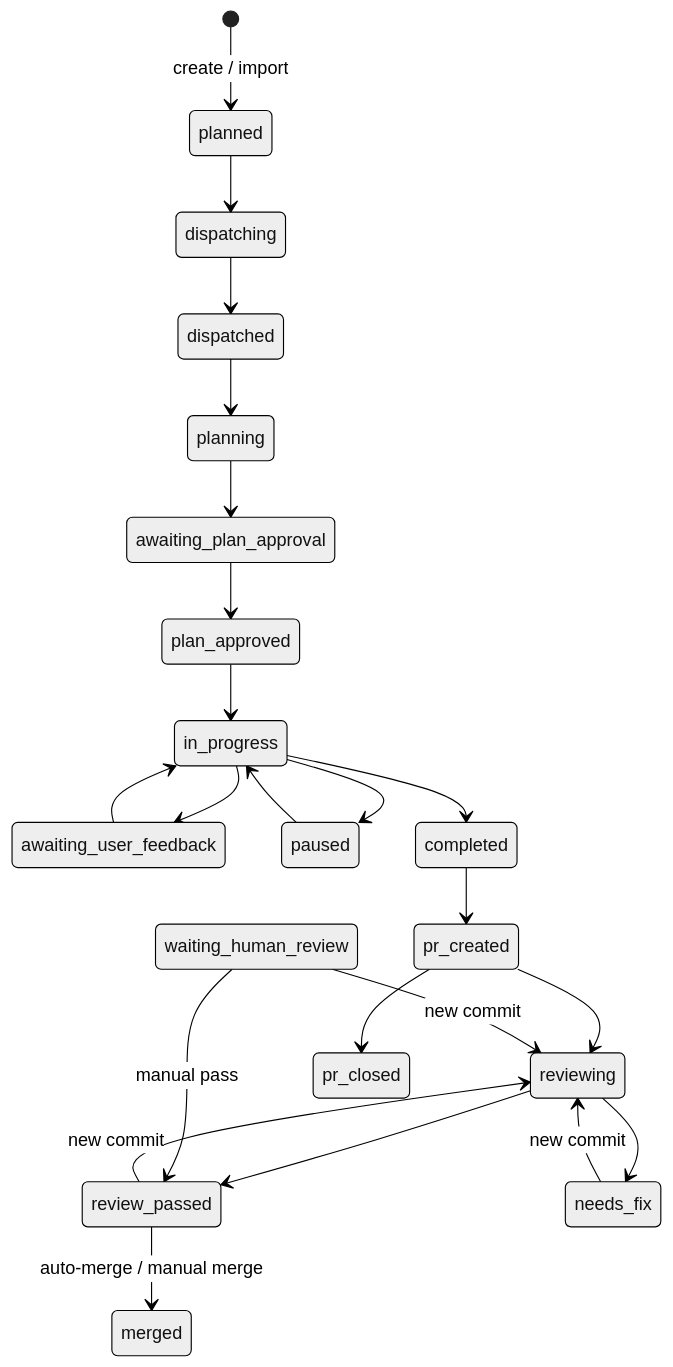
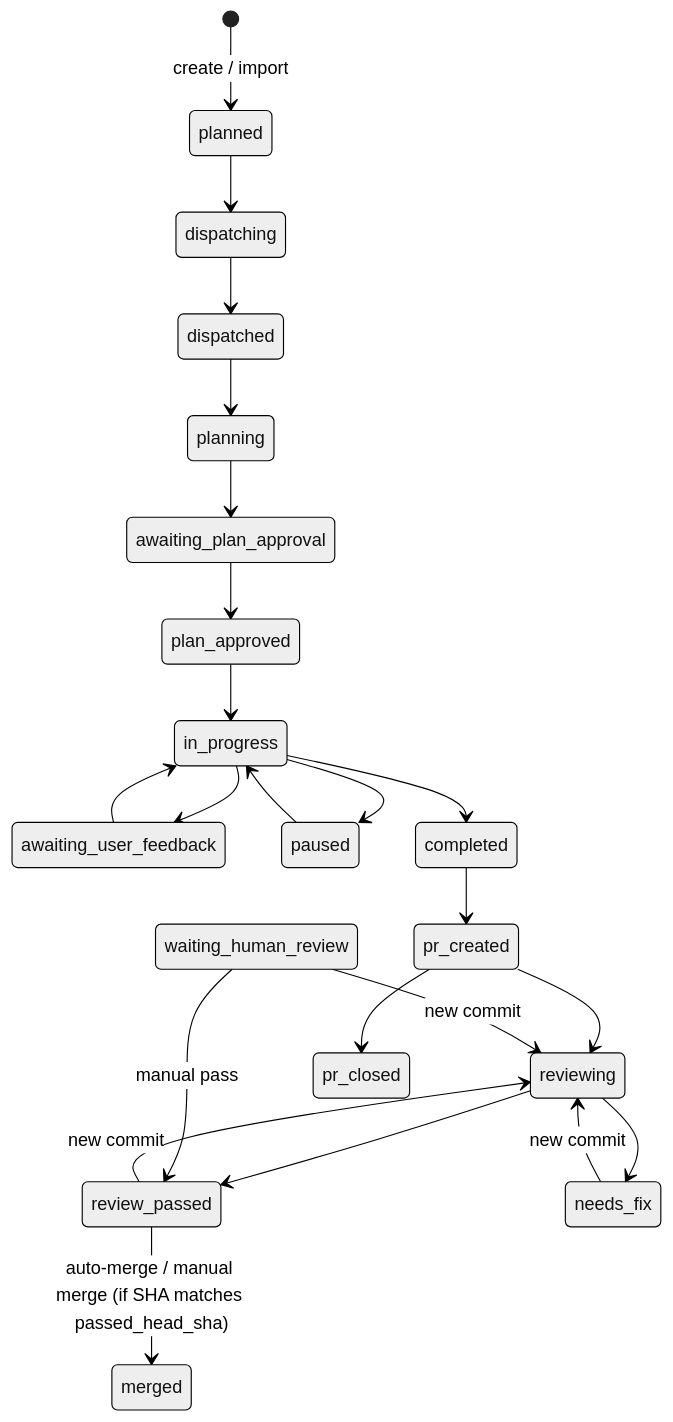
Before and after one commit to shipwebdotjp/jules-agent-orchestra: the second of 2 diagrams in README.md, drawn with Mermaid (neutral theme). The commit also changed other lines of this file and 3 other files, not shown here.

First line of the commit message:
Address PR feedback: clarify SHA mismatch and fix skip_review flow

````diff
--- a/README.md
+++ b/README.md
@@ -120,25 +120,25 @@
 ```mermaid
 stateDiagram-v2
     [*] --> planned: create / import
     planned --> dispatching
     dispatching --> dispatched
     dispatched --> planning
     planning --> awaiting_plan_approval
     awaiting_plan_approval --> plan_approved
     plan_approved --> in_progress
     in_progress --> awaiting_user_feedback
     awaiting_user_feedback --> in_progress
     in_progress --> paused
     paused --> in_progress
     in_progress --> completed
     completed --> pr_created
     pr_created --> reviewing
     reviewing --> review_passed
     reviewing --> needs_fix
     needs_fix --> reviewing: new commit
-    review_passed --> merged: auto-merge / manual merge
+    review_passed --> merged: auto-merge / manual merge (if SHA matches passed_head_sha)
     review_passed --> reviewing: new commit
     waiting_human_review --> review_passed: manual pass
     waiting_human_review --> reviewing: new commit
     pr_created --> pr_closed
 ```
````
